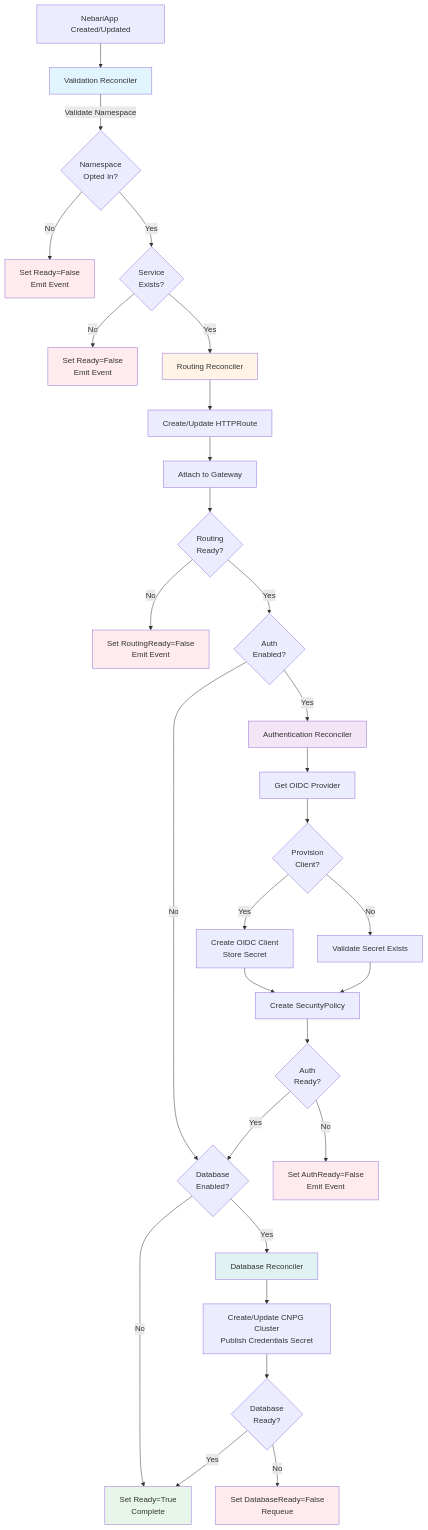
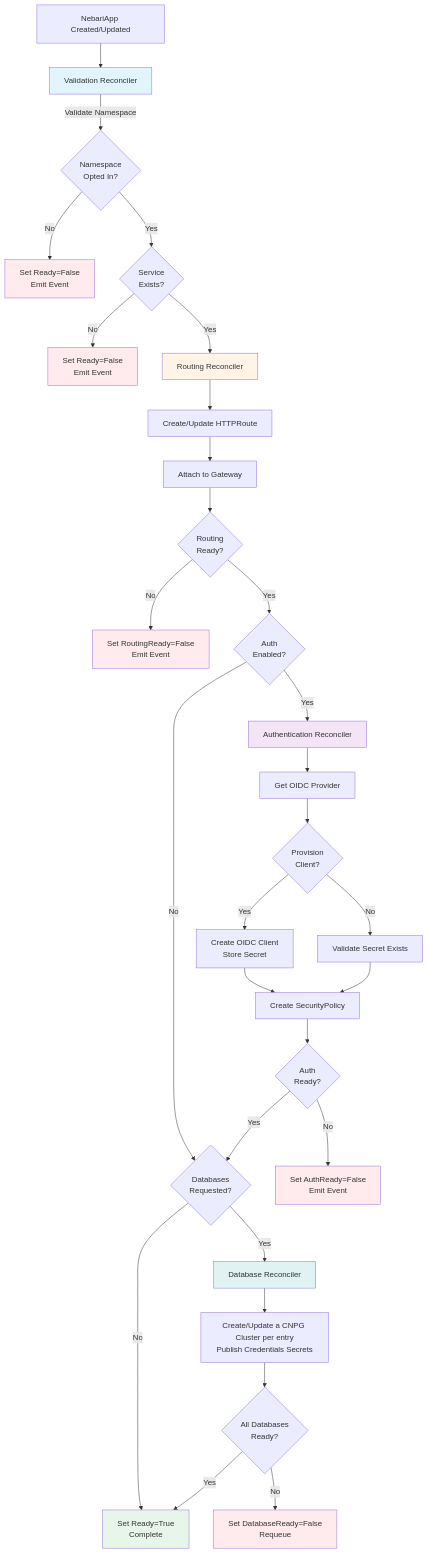
The second of 2 diagrams in docs/reconcilers/README.md (nebari-dev/nebari-operator), drawn with Mermaid before and after one commit. The commit also changed other lines of this file and 5 other files, not shown here.

First line of the commit message:
docs(database): document spec.databases and record ADR-004

````diff
--- a/docs/reconcilers/README.md
+++ b/docs/reconcilers/README.md
@@ -54,54 +54,54 @@
 ```mermaid
 flowchart TD
     Start[NebariApp Created/Updated] --> Core[Validation Reconciler]
 
     Core -->|Validate Namespace| NS{Namespace<br/>Opted In?}
     NS -->|No| Fail1[Set Ready=False<br/>Emit Event]
     NS -->|Yes| Svc{Service<br/>Exists?}
 
     Svc -->|No| Fail2[Set Ready=False<br/>Emit Event]
     Svc -->|Yes| Route[Routing Reconciler]
 
     Route --> HTTP[Create/Update HTTPRoute]
     HTTP --> Gateway[Attach to Gateway]
     Gateway --> Routing{Routing<br/>Ready?}
 
     Routing -->|No| Fail3[Set RoutingReady=False<br/>Emit Event]
     Routing -->|Yes| AuthCheck{Auth<br/>Enabled?}
 
-    AuthCheck -->|No| DBCheck{Database<br/>Enabled?}
+    AuthCheck -->|No| DBCheck{Databases<br/>Requested?}
     AuthCheck -->|Yes| Auth[Authentication Reconciler]
 
     Auth --> Provider[Get OIDC Provider]
     Provider --> Provision{Provision<br/>Client?}
 
     Provision -->|Yes| Create[Create OIDC Client<br/>Store Secret]
     Provision -->|No| Validate[Validate Secret Exists]
 
     Create --> SecPol[Create SecurityPolicy]
     Validate --> SecPol
 
     SecPol --> AuthReady{Auth<br/>Ready?}
     AuthReady -->|No| Fail4[Set AuthReady=False<br/>Emit Event]
     AuthReady -->|Yes| DBCheck
 
     DBCheck -->|No| Success[Set Ready=True<br/>Complete]
     DBCheck -->|Yes| DB[Database Reconciler]
 
-    DB --> Cluster[Create/Update CNPG Cluster<br/>Publish Credentials Secret]
-    Cluster --> DBReady{Database<br/>Ready?}
+    DB --> Cluster[Create/Update a CNPG Cluster per entry<br/>Publish Credentials Secrets]
+    Cluster --> DBReady{All Databases<br/>Ready?}
 
     DBReady -->|No| Fail5[Set DatabaseReady=False<br/>Requeue]
     DBReady -->|Yes| Success
 
     style Core fill:#e1f5ff
     style Route fill:#fff4e6
     style Auth fill:#f3e5f5
     style DB fill:#e0f2f1
     style Success fill:#e8f5e9
     style Fail1 fill:#ffebee
     style Fail2 fill:#ffebee
     style Fail3 fill:#ffebee
     style Fail4 fill:#ffebee
     style Fail5 fill:#ffebee
 ```
````
